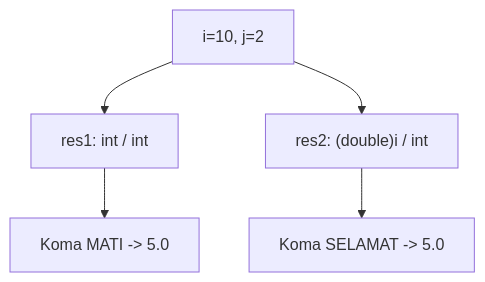
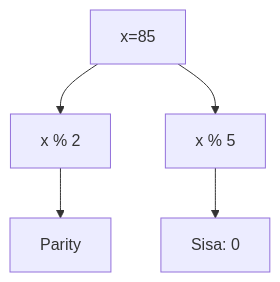
Before and after one commit to amnahwaida/OSNK_INF_PREP: diagram 13 of 25 in part-c-pemahaman-cpp/01-tipe-data/latihan/set-10.md, drawn with Mermaid. The commit also changed other lines of this file and 71 other files, not shown here.

````diff
--- a/part-c-pemahaman-cpp/01-tipe-data/latihan/set-10.md
+++ b/part-c-pemahaman-cpp/01-tipe-data/latihan/set-10.md
@@ -483,7 +381,7 @@
 ```mermaid
 graph TD
-    A["i=10, j=2"] --> B["res1: int / int"]
-    B --> C["Koma MATI -> 5.0"]
-    A --> D["res2: (double)i / int"]
-    D --> E["Koma SELAMAT -> 5.0"]
+A[x=85] --> B[x % 2]
+B --> C[Parity]
+A --> D[x % 5]
+D --> E[Sisa: 0]
 ```
````
